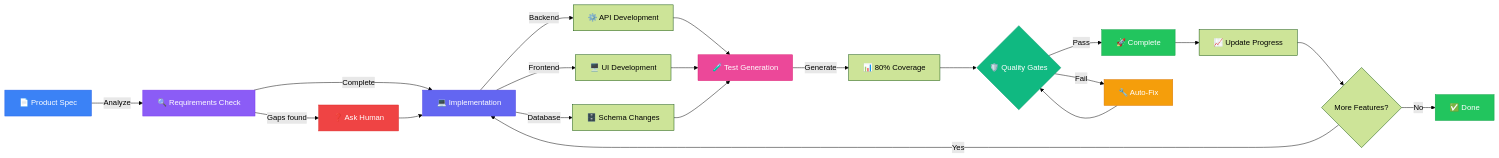
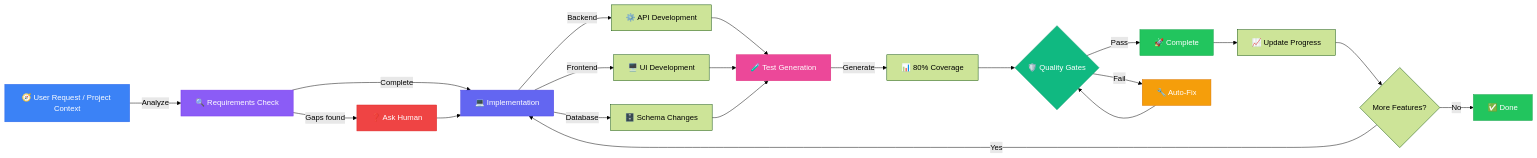
Before and after one commit to itz4blitz/agentful: the second of 3 diagrams in docs/pages/getting-started/overview.mdx, drawn with Mermaid (forest theme). The commit also changed other lines of this file and 378 other files, not shown here.

````diff
--- a/docs/pages/getting-started/overview.mdx
+++ b/docs/pages/getting-started/overview.mdx
@@ -215,37 +225,37 @@
 ```mermaid
 graph LR
-    A["📄 Product Spec"] -->|Analyze| B["🔍 Requirements Check"]
+    A["🧭 User Request / Project Context"] -->|Analyze| B["🔍 Requirements Check"]
     B -->|Complete| C["💻 Implementation"]
     B -->|Gaps found| D["❓ Ask Human"]
     D --> C
 
     C -->|Backend| E1["⚙️ API Development"]
     C -->|Frontend| E2["🖥️ UI Development"]
     C -->|Database| E3["🗄️ Schema Changes"]
 
     E1 --> F["🧪 Test Generation"]
     E2 --> F
     E3 --> F
 
     F -->|Generate| G["📊 80% Coverage"]
     G --> H{"🛡️ Quality Gates"}
 
     H -->|Pass| I["🚀 Complete"]
     H -->|Fail| J["🔧 Auto-Fix"]
     J --> H
 
     I --> K["📈 Update Progress"]
     K --> L{More Features?}
     L -->|Yes| C
     L -->|No| M["✅ Done"]
 
     style A fill:#3b82f6,stroke:#2563eb,color:#fff
     style B fill:#8b5cf6,stroke:#7c3aed,color:#fff
     style C fill:#6366f1,stroke:#4f46e5,color:#fff
     style F fill:#ec4899,stroke:#db2777,color:#fff
     style H fill:#10b981,stroke:#059669,color:#fff
     style I fill:#22c55e,stroke:#16a34a,color:#fff
     style J fill:#f59e0b,stroke:#d97706,color:#fff
     style M fill:#22c55e,stroke:#16a34a,color:#fff
     style D fill:#ef4444,stroke:#dc2626,color:#fff
 ```
````
